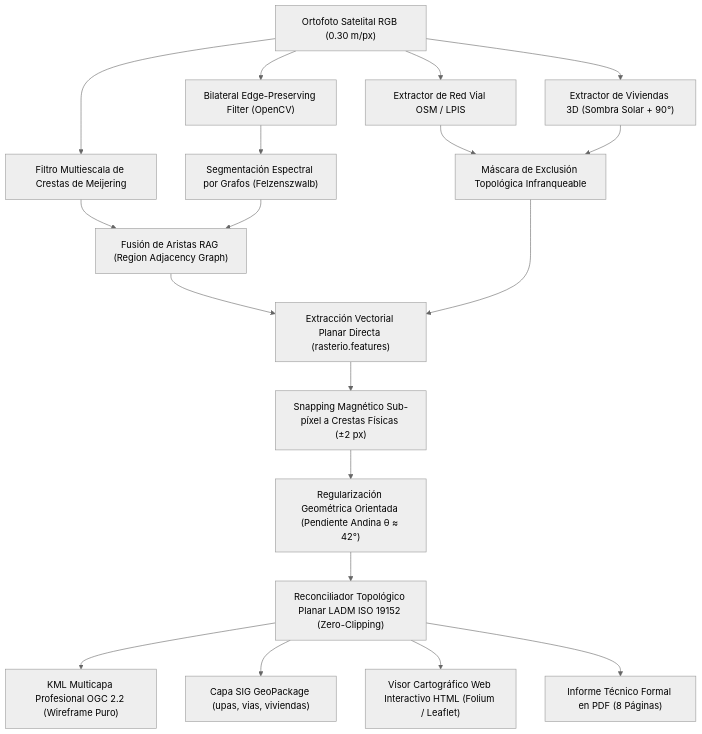
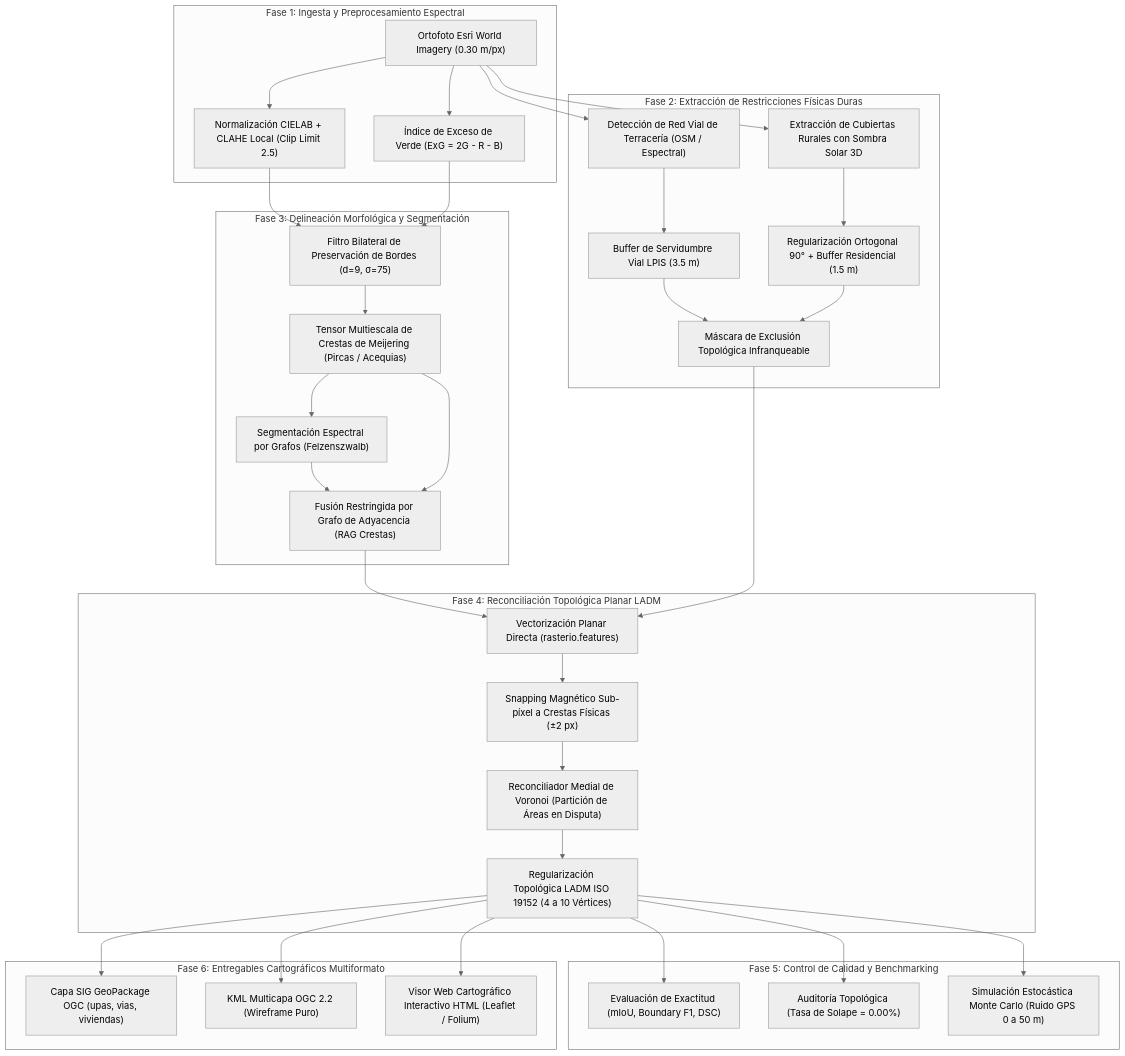
One commit to cristianalexis6204/delimitacion-upas-chimborazo changed the diagram in README.md. Above: the diagram before and after it, drawn with Mermaid (neutral theme). The commit also changed other lines of this file and 6 other files, not shown here.

Commit message:
docs: release v2.0.0 (Exp 54) - full workflow, experimental evaluation and 4-figure scientific gallery

````diff
--- a/README.md
+++ b/README.md
@@ -70,26 +65,41 @@
 ```mermaid
-graph TD
-    A["Ortofoto Satelital RGB (0.30 m/px)"] --> B["Bilateral Edge-Preserving Filter (OpenCV)"]
-    A --> C["Filtro Multiescala de Crestas de Meijering"]
-    A --> D["Extractor de Red Vial OSM / LPIS"]
-    A --> E["Extractor de Viviendas 3D (Sombra Solar + 90°)"]
-    
-    B --> F["Segmentación Espectral por Grafos (Felzenszwalb)"]
-    C --> G["Fusión de Aristas RAG (Region Adjacency Graph)"]
-    F --> G
-    
-    D --> H["Máscara de Exclusión Topológica Infranqueable"]
-    E --> H
-    
-    G --> I["Extracción Vectorial Planar Directa (rasterio.features)"]
-    H --> I
-    
-    I --> J["Snapping Magnético Sub-píxel a Crestas Físicas (±2 px)"]
-    J --> K["Regularización Geométrica Orientada (Pendiente Andina θ ≈ 42°)"]
-    K --> L["Reconciliador Topológico Planar LADM ISO 19152 (Zero-Clipping)"]
-    
-    L --> M["KML Multicapa Profesional OGC 2.2 (Wireframe Puro)"]
-    L --> N["Capa SIG GeoPackage (upas, vias, viviendas)"]
-    L --> O["Visor Cartográfico Web Interactivo HTML (Folium / Leaflet)"]
-    L --> P["Informe Técnico Formal en PDF (8 Páginas)"]
+flowchart TD
+    subgraph F1["Fase 1: Ingesta y Preprocesamiento Espectral"]
+        A["Ortofoto Esri World Imagery (0.30 m/px)"] --> B["Normalización CIELAB + CLAHE Local (Clip Limit 2.5)"]
+        A --> C["Índice de Exceso de Verde (ExG = 2G - R - B)"]
+    end
+
+    subgraph F2["Fase 2: Extracción de Restricciones Físicas Duras"]
+        A --> D["Detección de Red Vial de Terracería (OSM / Espectral)"]
+        D --> E["Buffer de Servidumbre Vial LPIS (3.5 m)"]
+        A --> F["Extracción de Cubiertas Rurales con Sombra Solar 3D"]
+        F --> G["Regularización Ortogonal 90° + Buffer Residencial (1.5 m)"]
+        E & G --> H["Máscara de Exclusión Topológica Infranqueable"]
+    end
+
+    subgraph F3["Fase 3: Delineación Morfológica y Segmentación"]
+        B & C --> I["Filtro Bilateral de Preservación de Bordes (d=9, σ=75)"]
+        I --> J["Tensor Multiescala de Crestas de Meijering (Pircas / Acequias)"]
+        J --> K["Segmentación Espectral por Grafos (Felzenszwalb)"]
+        K & J --> L["Fusión Restringida por Grafo de Adyacencia (RAG Crestas)"]
+    end
+
+    subgraph F4["Fase 4: Reconciliación Topológica Planar LADM"]
+        L & H --> M["Vectorización Planar Directa (rasterio.features)"]
+        M --> N["Snapping Magnético Sub-píxel a Crestas Físicas (±2 px)"]
+        N --> O["Reconciliador Medial de Voronoi (Partición de Áreas en Disputa)"]
+        O --> P["Regularización Topológica LADM ISO 19152 (4 a 10 Vértices)"]
+    end
+
+    subgraph F5["Fase 5: Control de Calidad y Benchmarking"]
+        P --> Q["Evaluación de Exactitud (mIoU, Boundary F1, DSC)"]
+        P --> R["Auditoría Topológica (Tasa de Solape = 0.00%)"]
+        P --> S["Simulación Estocástica Monte Carlo (Ruido GPS 0 a 50 m)"]
+    end
+
+    subgraph F6["Fase 6: Entregables Cartográficos Multiformato"]
+        P --> T["Capa SIG GeoPackage OGC (upas, vias, viviendas)"]
+        P --> U["KML Multicapa OGC 2.2 (Wireframe Puro)"]
+        P --> V["Visor Web Cartográfico Interactivo HTML (Leaflet / Folium)"]
+    end
 ```
````
